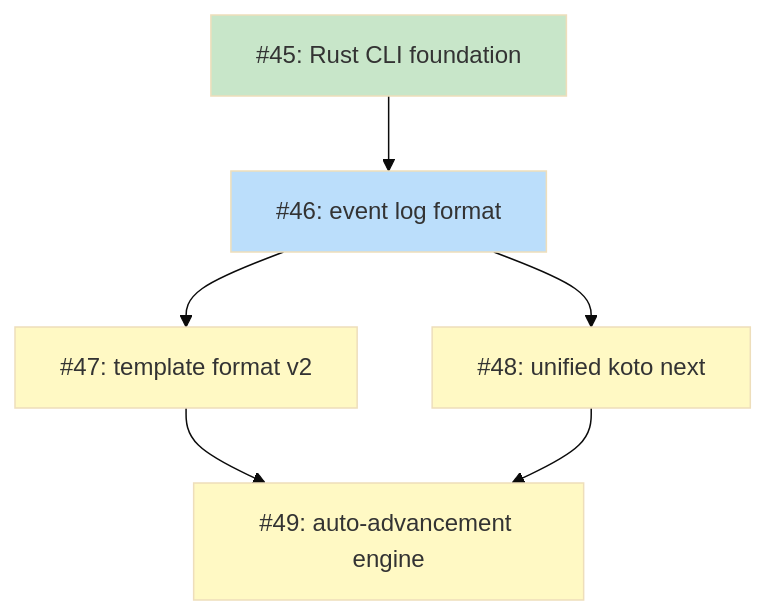
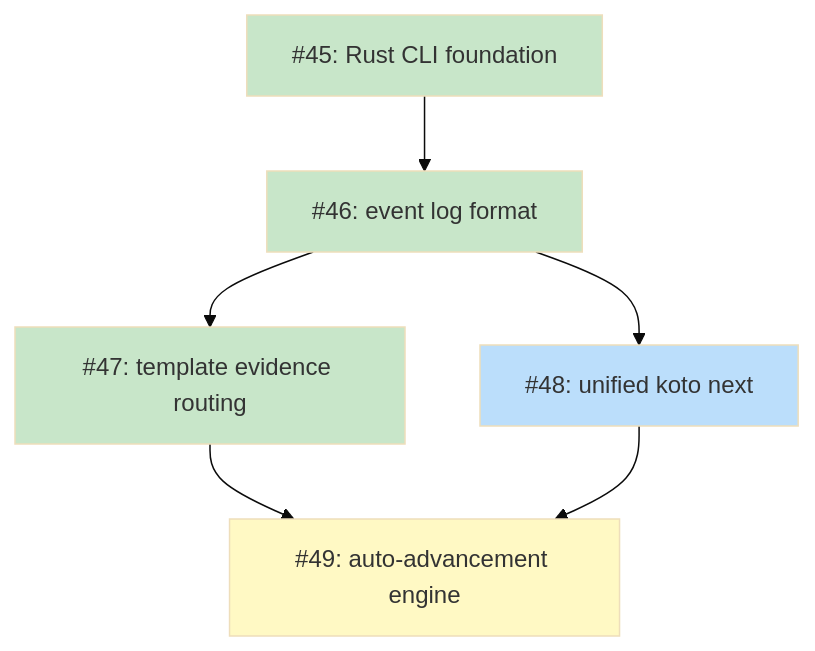
Before and after one commit to tsukumogami/koto: the diagram in docs/plans/PLAN-unified-koto-next.md, drawn with Mermaid (base theme). The commit also changed other lines of this file and 9 other files, not shown here.

First line of the commit message:
feat(koto): implement template evidence routing (#55)

````diff
--- a/docs/plans/PLAN-unified-koto-next.md
+++ b/docs/plans/PLAN-unified-koto-next.md
@@ -49,28 +49,28 @@
 ```mermaid
 graph TD
     I45["#45: Rust CLI foundation"]
     I46["#46: event log format"]
-    I47["#47: template format v2"]
+    I47["#47: template evidence routing"]
     I48["#48: unified koto next"]
     I49["#49: auto-advancement engine"]
 
     I45 --> I46
     I46 --> I47
     I46 --> I48
     I47 --> I49
     I48 --> I49
 
     classDef done fill:#c8e6c9
     classDef ready fill:#bbdefb
     classDef blocked fill:#fff9c4
     classDef needsDesign fill:#e1bee7
     classDef needsPrd fill:#b3e5fc
     classDef needsSpike fill:#ffcdd2
     classDef needsDecision fill:#d1c4e9
     classDef tracksDesign fill:#FFE0B2,stroke:#F57C00,color:#000
     classDef tracksPlan fill:#FFE0B2,stroke:#F57C00,color:#000
 
-    class I45 done
-    class I46 ready
-    class I47,I48,I49 blocked
+    class I45,I46,I47 done
+    class I48 ready
+    class I49 blocked
 ```
````
